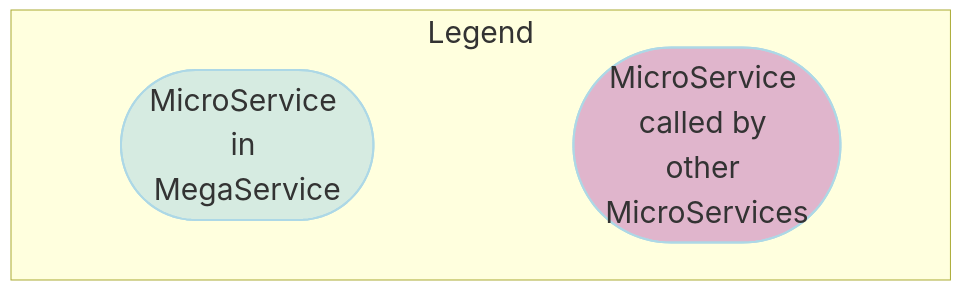
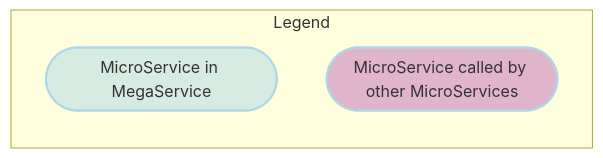
The first of 2 diagrams in DocSum/README.md (opea-project/GenAIExamples), drawn with Mermaid before and after one commit.

Commit message:
update read me file

````diff
--- a/DocSum/README.md
+++ b/DocSum/README.md
@@ -120,23 +120,21 @@
 ```mermaid
 ---
 config:
   flowchart:
-    nodeSpacing: 200
+    nodeSpacing: 50
     rankSpacing: 50
     
-  themeVariables:
-    fontSize: 30px
 ---
 flowchart LR
     %% Colors %%
     classDef blue fill:#ADD8E6,stroke:#ADD8E6,stroke-width:2px,fill-opacity:0.5
     classDef orange fill:#FBAA60,stroke:#ADD8E6,stroke-width:2px,fill-opacity:0.5
     classDef orchid fill:#C26DBC,stroke:#ADD8E6,stroke-width:2px,fill-opacity:0.5
     classDef invisible fill:transparent,stroke:transparent;
     
     subgraph Legend[" Legend "]
         M2T([MicroService in MegaService ]):::blue
         LLM([MicroService called by other MicroServices]):::orchid   
     end
 
 ```
````
